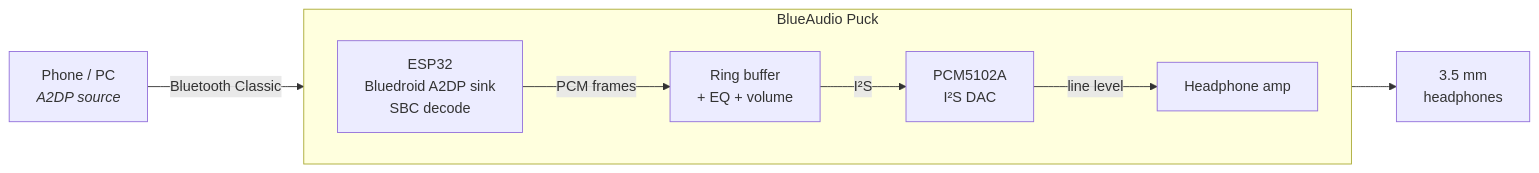
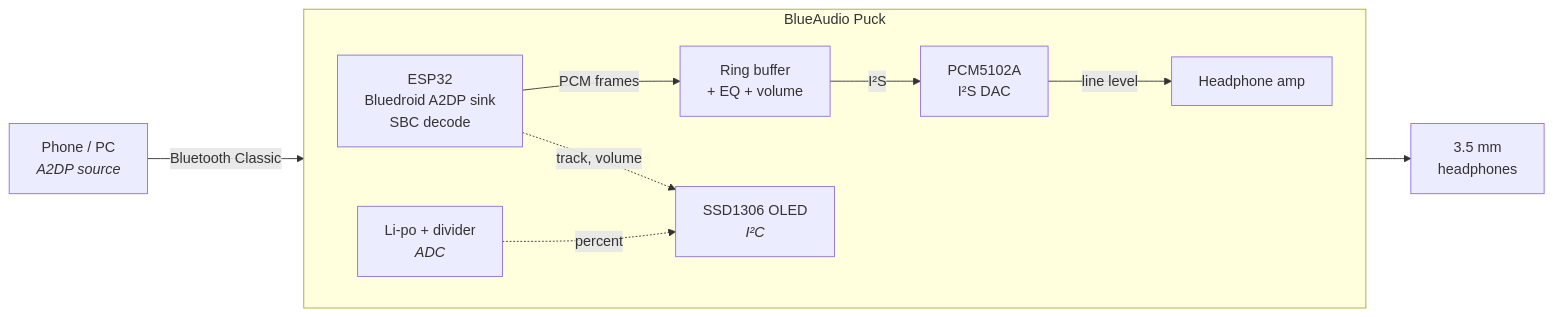
Before and after one commit to Zektopic/esp32-blue-audio-puck: the first of 2 diagrams in README.md, drawn with Mermaid. The commit also changed other lines of this file and 16 other files, not shown here.

````diff
--- a/README.md
+++ b/README.md
@@ -35,18 +37,22 @@
 ```mermaid
 flowchart LR
     SRC["Phone / PC<br/><i>A2DP source</i>"]
     subgraph PUCK["BlueAudio Puck"]
         direction LR
         BT["ESP32<br/>Bluedroid A2DP sink<br/>SBC decode"]
         DSP["Ring buffer<br/>+ EQ + volume"]
         DAC["PCM5102A<br/>I²S DAC"]
         AMP["Headphone amp"]
+        OLED["SSD1306 OLED<br/><i>I²C</i>"]
+        BATT["Li-po + divider<br/><i>ADC</i>"]
     end
     JACK["3.5 mm<br/>headphones"]
 
     SRC -- "Bluetooth Classic" --> BT
     BT -- "PCM frames" --> DSP
     DSP -- "I²S" --> DAC
     DAC -- "line level" --> AMP
     AMP --> JACK
+    BT -. "track, volume" .-> OLED
+    BATT -. "percent" .-> OLED
 ```
````
